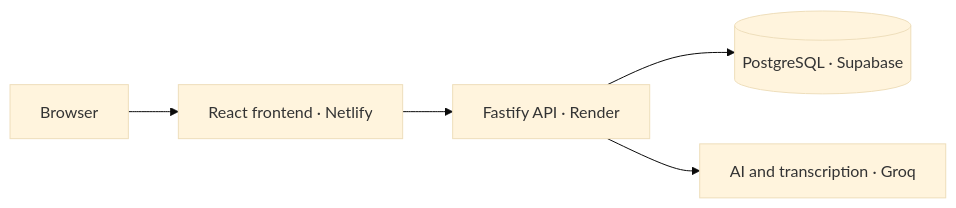
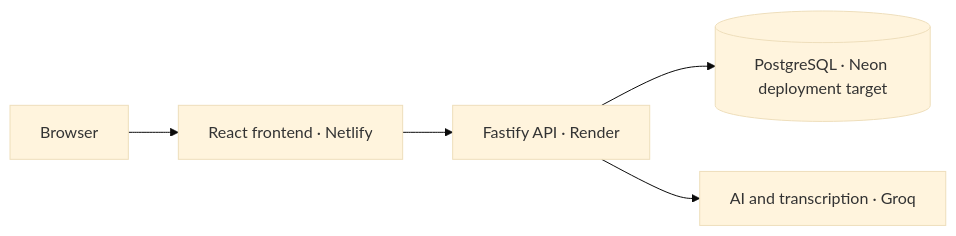
One commit to Laabh-Gupta/argu-lab changed the second of 2 diagrams in README.md. Above: the diagram before and after it, drawn with Mermaid (base theme). The commit also changed other lines of this file and 3 other files, not shown here.

Commit message:
Document the staged migration to Neon PostgreSQL

````diff
--- a/README.md
+++ b/README.md
@@ -90,7 +90,7 @@
 ```mermaid
 flowchart LR
     B[Browser] --> N[React frontend · Netlify]
     N --> R[Fastify API · Render]
-    R --> S[(PostgreSQL · Supabase)]
+    R --> S[(PostgreSQL · Neon deployment target)]
     R --> G[AI and transcription · Groq]
 ```
````
